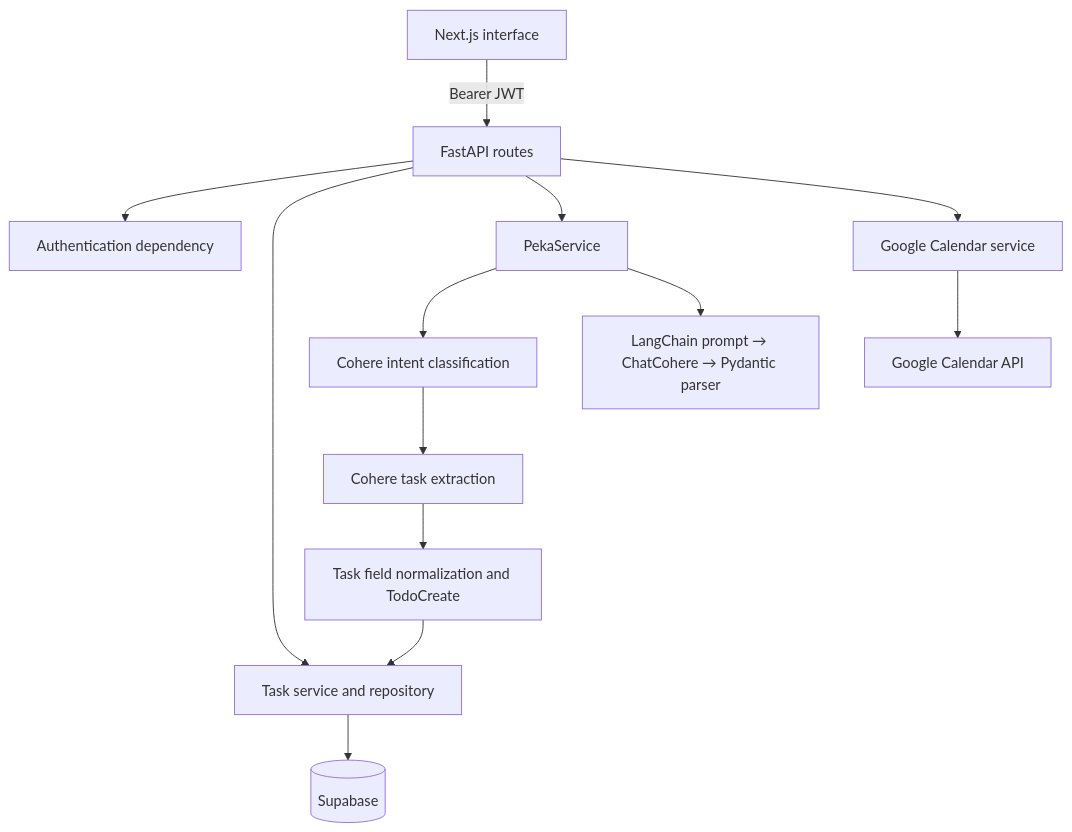
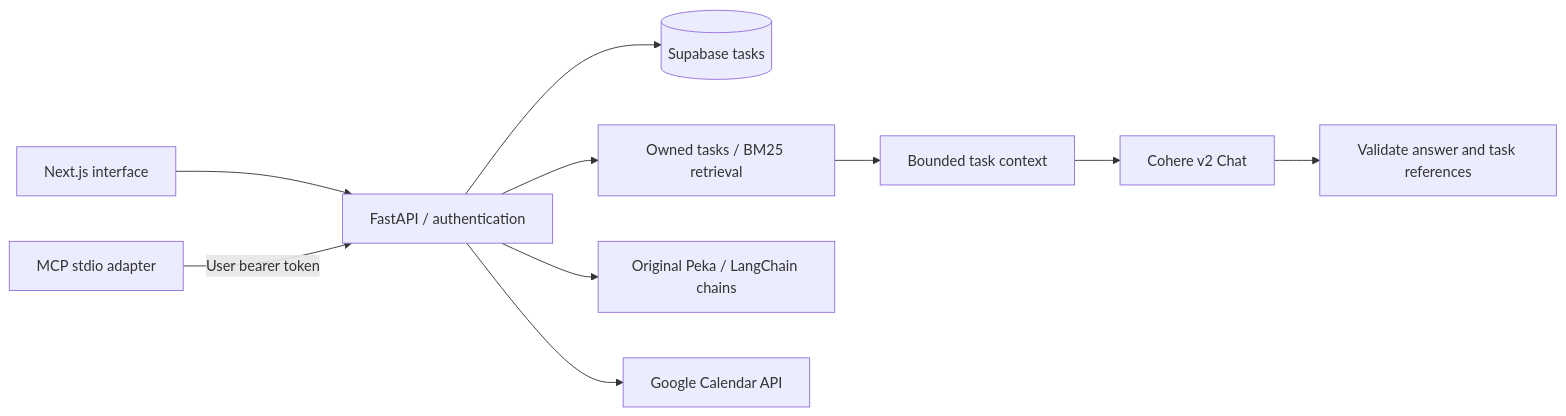
One commit to JeffreyYeet1/cop changed the diagram in docs/architecture.md. Above: the diagram before and after it, drawn with Mermaid. The commit also changed other lines of this file and 12 other files, not shown here.

Commit message:
feat: add authenticated task RAG and local MCP tools

````diff
--- a/docs/architecture.md
+++ b/docs/architecture.md
@@ -7,15 +7,12 @@
 ```mermaid
-flowchart TD
-    Browser[Next.js interface] -->|Bearer JWT| API[FastAPI routes]
-    API --> Auth[Authentication dependency]
-    API --> Todo[Task service and repository]
-    Todo --> DB[(Supabase)]
-    API --> Peka[PekaService]
-    Peka --> Intent[Cohere intent classification]
-    Intent --> Extract[Cohere task extraction]
-    Extract --> Validate[Task field normalization and TodoCreate]
-    Validate --> Todo
-    Peka --> Chain[LangChain prompt → ChatCohere → Pydantic parser]
-    API --> Calendar[Google Calendar service]
-    Calendar --> Google[Google Calendar API]
+flowchart LR
+    UI[Next.js interface] --> API[FastAPI / authentication]
+    MCP[MCP stdio adapter] -->|User bearer token| API
+    API --> DB[(Supabase tasks)]
+    API --> Retrieve[Owned tasks / BM25 retrieval]
+    Retrieve --> Context[Bounded task context]
+    Context --> Generate[Cohere v2 Chat]
+    Generate --> Validate[Validate answer and task references]
+    API --> Peka[Original Peka / LangChain chains]
+    API --> Calendar[Google Calendar API]
 ```
````
